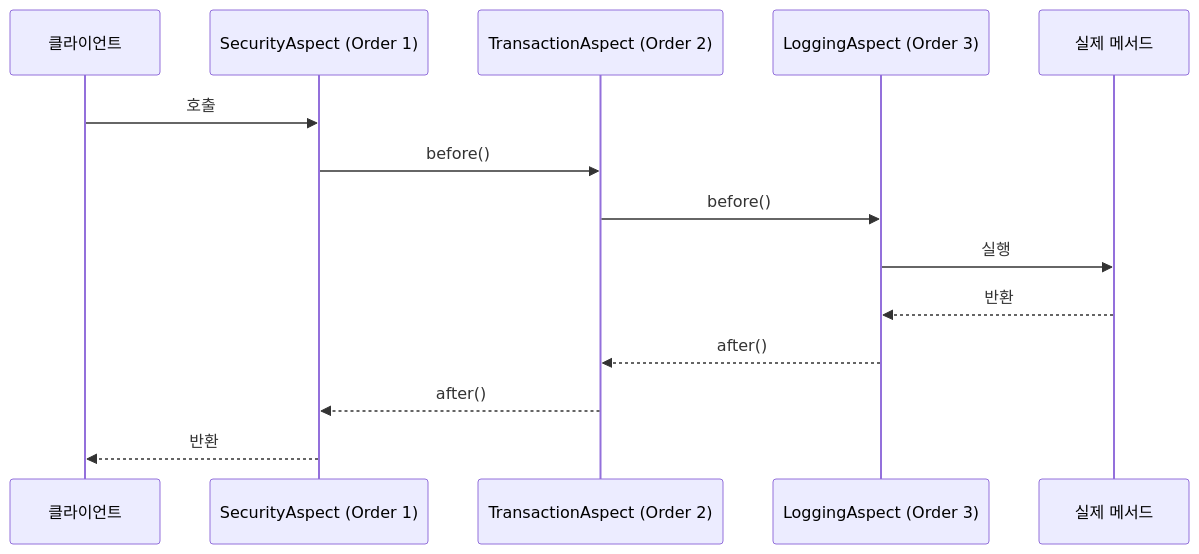
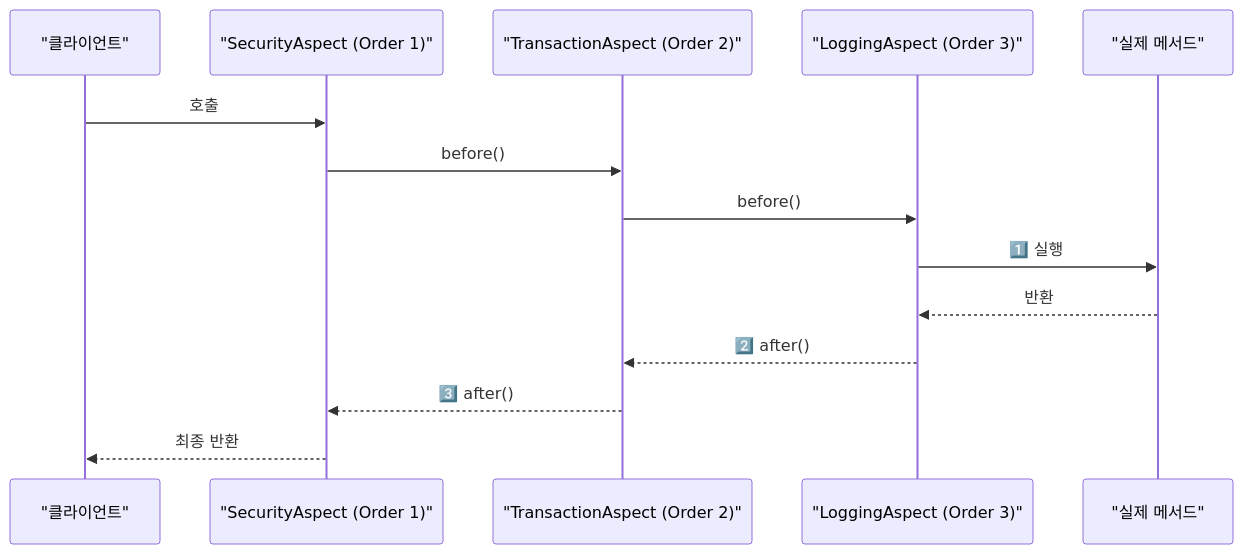
One commit to yjkim2015/yjkim2015.github.io changed the fifth of 5 diagrams in _posts/spring/2026-05-01-spring-aop.md. Above: the diagram before and after it, drawn with Mermaid. The commit also changed other lines of this file and 34 other files, not shown here.

First line of the commit message:
Full quality pass: 41 files — ASCII removed, 동작원리 보강, diagrams

```diff
--- a/_posts/spring/2026-05-01-spring-aop.md
+++ b/_posts/spring/2026-05-01-spring-aop.md
@@ -519,17 +497,17 @@
 <div class="mermaid">
 sequenceDiagram
-    participant C as 클라이언트
-    participant SA as SecurityAspect (Order 1)
-    participant TA as TransactionAspect (Order 2)
-    participant LA as LoggingAspect (Order 3)
-    participant M as 실제 메서드
+    participant C as "클라이언트"
+    participant SA as "SecurityAspect (Order 1)"
+    participant TA as "TransactionAspect (Order 2)"
+    participant LA as "LoggingAspect (Order 3)"
+    participant M as "실제 메서드"
 
     C->>SA: 호출
     SA->>TA: before()
     TA->>LA: before()
-    LA->>M: 실행
+    LA->>M: 1️⃣ 실행
     M-->>LA: 반환
-    LA-->>TA: after()
-    TA-->>SA: after()
-    SA-->>C: 반환
+    LA-->>TA: 2️⃣ after()
+    TA-->>SA: 3️⃣ after()
+    SA-->>C: 최종 반환
 </div>
```
